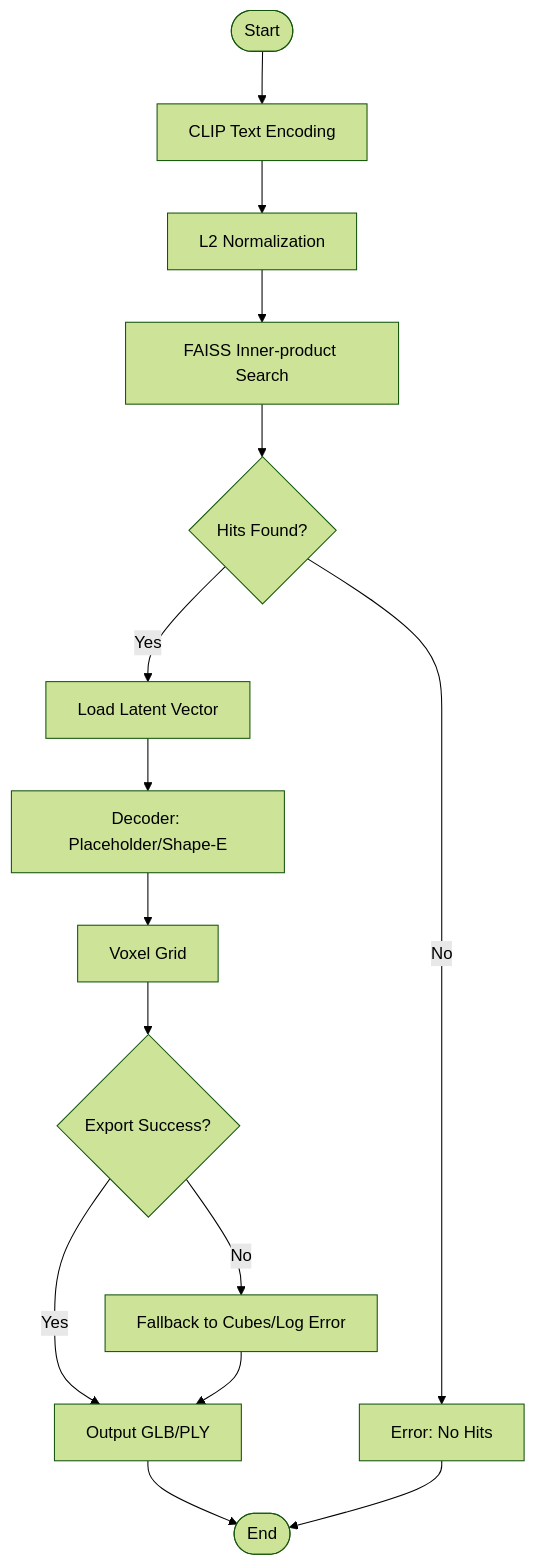
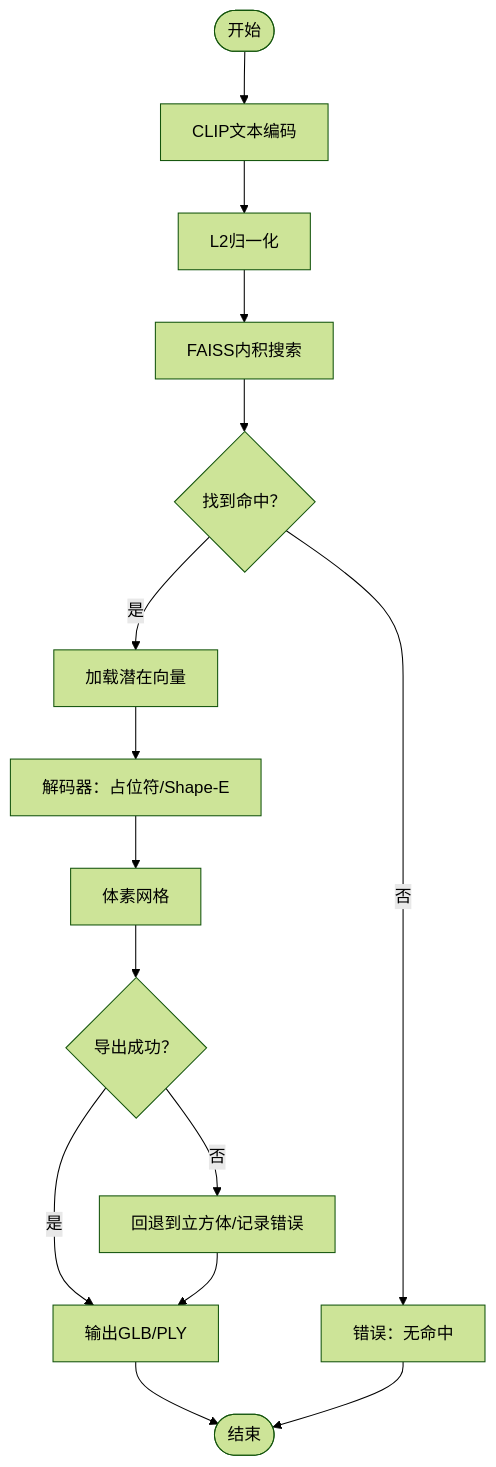
Before and after one commit to wsqstar/RoadGen3D: the fourth of 6 diagrams in .qoder/repowiki/zh/content/项目概述/项目概述.md, drawn with Mermaid (forest theme). The commit also changed other lines of this file and 10 other files, not shown here.

First line of the commit message:
docs(architecture): update system architecture with OSM and POI integration

````diff
--- a/.qoder/repowiki/zh/content/项目概述/项目概述.md
+++ b/.qoder/repowiki/zh/content/项目概述/项目概述.md
@@ -333,17 +323,17 @@
 ```mermaid
 flowchart TD
-Start(["Start"]) --> Encode["CLIP Text Encoding"]
-Encode --> Normalize["L2 Normalization"]
-Normalize --> FAISS["FAISS Inner-product Search"]
-FAISS --> Hit{"Hits Found?"}
-Hit --> |No| Error["Error: No Hits"]
-Hit --> |Yes| LoadLatent["Load Latent Vector"]
-LoadLatent --> Decode["Decoder: Placeholder/Shape-E"]
-Decode --> Voxel["Voxel Grid"]
-Voxel --> Export{"Export Success?"}
-Export --> |No| Fallback["Fallback to Cubes/Log Error"]
-Export --> |Yes| GLBPLY["Output GLB/PLY"]
-Fallback --> GLBPLY
-GLBPLY --> End(["End"])
-Error --> End
+开始(["开始"]) --> 编码["CLIP文本编码"]
+编码 --> 归一化["L2归一化"]
+归一化 --> FAISS["FAISS内积搜索"]
+FAISS --> 命中{"找到命中？"}
+命中 --> |否| 错误["错误：无命中"]
+命中 --> |是| 加载潜在["加载潜在向量"]
+加载潜在 --> 解码["解码器：占位符/Shape-E"]
+解码 --> 体素["体素网格"]
+体素 --> 导出{"导出成功？"}
+导出 --> |否| 回退["回退到立方体/记录错误"]
+导出 --> |是| GLBPLY["输出GLB/PLY"]
+回退 --> GLBPLY
+GLBPLY --> 结束(["结束"])
+错误 --> 结束
 ```
````
